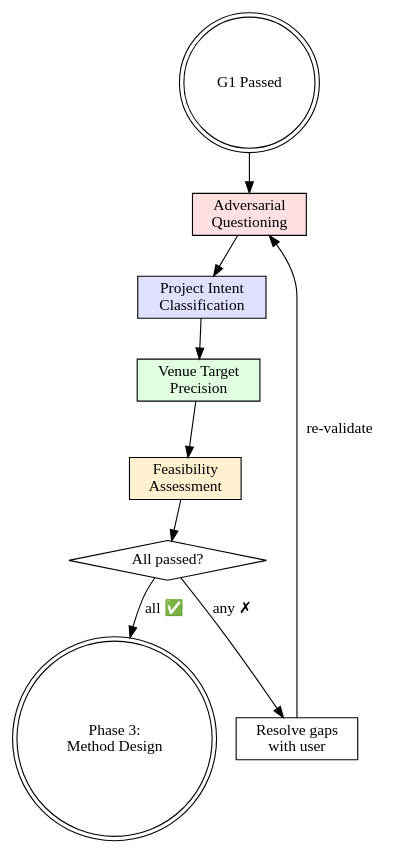
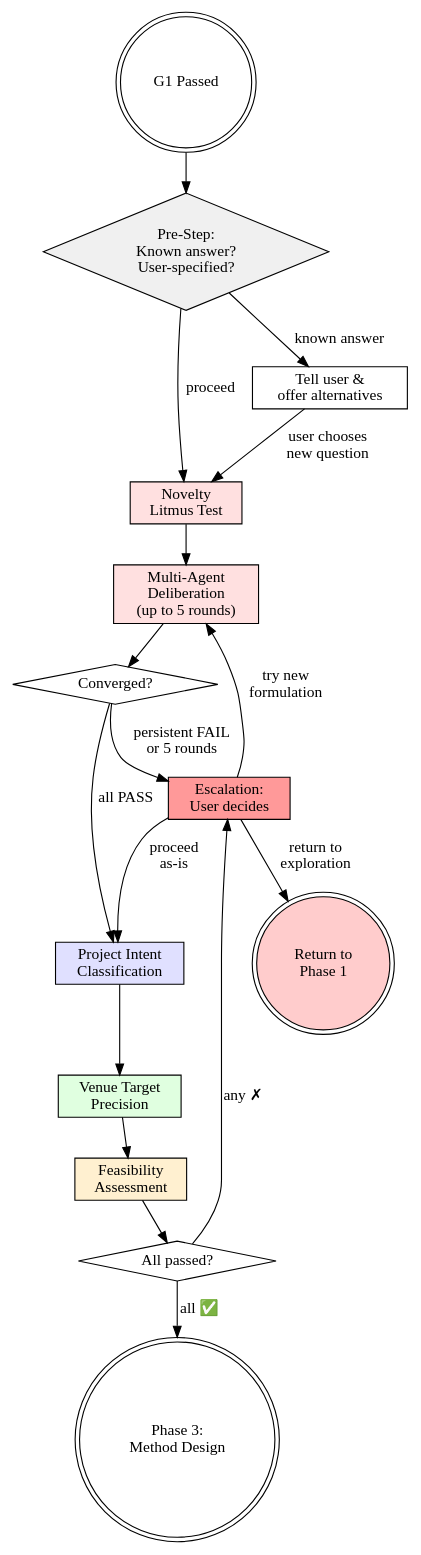
One commit to EvoClaw/amplify changed the diagram in skills/problem-validation/SKILL.md. Above: the diagram before and after it, drawn with Graphviz. The commit also changed other lines of this file and 13 other files, not shown here.

First line of the commit message:
Major system upgrade: deep idea generation, multi-agent brainstorming, and quality enforcement

````diff
--- a/skills/problem-validation/SKILL.md
+++ b/skills/problem-validation/SKILL.md
@@ -28,21 +28,34 @@
 ```dot
 digraph problem_validation {
     "G1 Passed" [shape=doublecircle];
-    "Adversarial\nQuestioning" [shape=box, style=filled, fillcolor="#ffe0e0"];
+    "Pre-Step:\nKnown answer?\nUser-specified?" [shape=diamond, style=filled, fillcolor="#f0f0f0"];
+    "Tell user &\noffer alternatives" [shape=box];
+    "Novelty\nLitmus Test" [shape=box, style=filled, fillcolor="#ffe0e0"];
+    "Multi-Agent\nDeliberation\n(up to 5 rounds)" [shape=box, style=filled, fillcolor="#ffe0e0"];
+    "Converged?" [shape=diamond];
+    "Escalation:\nUser decides" [shape=box, style=filled, fillcolor="#ff9999"];
     "Project Intent\nClassification" [shape=box, style=filled, fillcolor="#e0e0ff"];
     "Venue Target\nPrecision" [shape=box, style=filled, fillcolor="#e0ffe0"];
     "Feasibility\nAssessment" [shape=box, style=filled, fillcolor="#fff0d0"];
     "All passed?" [shape=diamond];
     "Phase 3:\nMethod Design" [shape=doublecircle];
-    "Resolve gaps\nwith user" [shape=box];
+    "Return to\nPhase 1" [shape=doublecircle, style=filled, fillcolor="#ffcccc"];
 
-    "G1 Passed" -> "Adversarial\nQuestioning";
-    "Adversarial\nQuestioning" -> "Project Intent\nClassification";
+    "G1 Passed" -> "Pre-Step:\nKnown answer?\nUser-specified?";
+    "Pre-Step:\nKnown answer?\nUser-specified?" -> "Tell user &\noffer alternatives" [label="known answer"];
+    "Pre-Step:\nKnown answer?\nUser-specified?" -> "Novelty\nLitmus Test" [label="proceed"];
+    "Tell user &\noffer alternatives" -> "Novelty\nLitmus Test" [label="user chooses\nnew question"];
+    "Novelty\nLitmus Test" -> "Multi-Agent\nDeliberation\n(up to 5 rounds)";
+    "Multi-Agent\nDeliberation\n(up to 5 rounds)" -> "Converged?";
+    "Converged?" -> "Project Intent\nClassification" [label="all PASS"];
+    "Converged?" -> "Escalation:\nUser decides" [label="persistent FAIL\nor 5 rounds"];
+    "Escalation:\nUser decides" -> "Return to\nPhase 1" [label="return to\nexploration"];
+    "Escalation:\nUser decides" -> "Multi-Agent\nDeliberation\n(up to 5 rounds)" [label="try new\nformulation"];
+    "Escalation:\nUser decides" -> "Project Intent\nClassification" [label="proceed\nas-is"];
     "Project Intent\nClassification" -> "Venue Target\nPrecision";
     "Venue Target\nPrecision" -> "Feasibility\nAssessment";
     "Feasibility\nAssessment" -> "All passed?";
     "All passed?" -> "Phase 3:\nMethod Design" [label="all ✅"];
-    "All passed?" -> "Resolve gaps\nwith user" [label="any ✗"];
-    "Resolve gaps\nwith user" -> "Adversarial\nQuestioning" [label="re-validate"];
+    "All passed?" -> "Escalation:\nUser decides" [label="any ✗"];
 }
 ```
````
